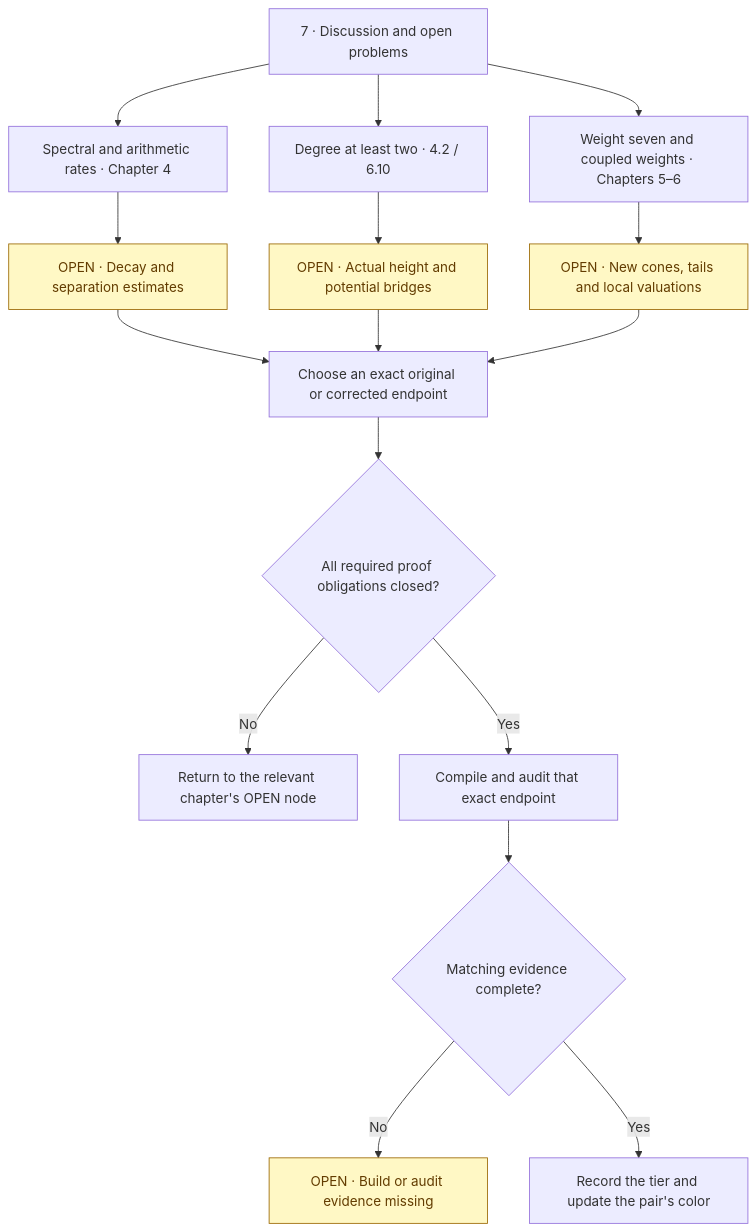
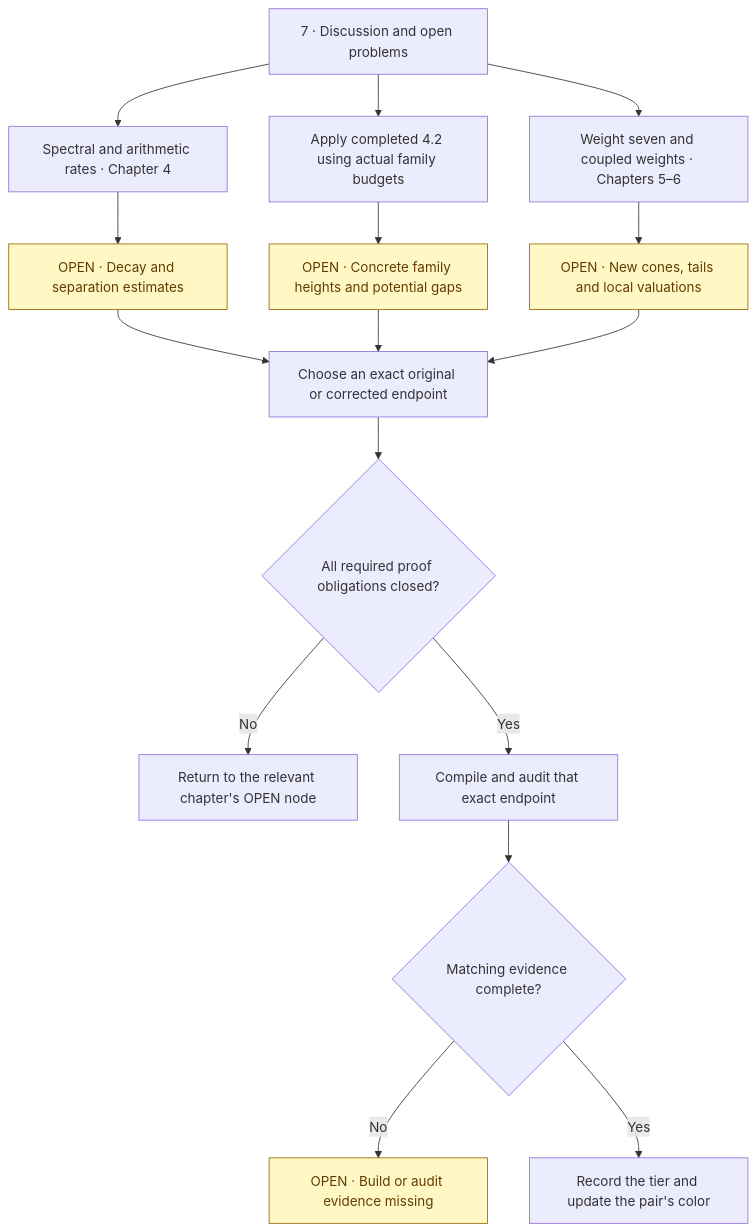
One commit to randogelist/zetahyperbolic-axiom changed the tenth of 10 diagrams in README.md. Above: the diagram before and after it, drawn with Mermaid. The commit also changed other lines of this file and 28 other files, not shown here.

Commit message:
Record verified 260-module audit and complete manuscript theorem roadmap

````diff
--- a/README.md
+++ b/README.md
@@ -543,36 +563,36 @@
 ```mermaid
 flowchart TD
     C7["7 · Discussion and open problems"]
     RATES["Spectral and arithmetic rates · Chapter 4"]
-    HEIGHT["Degree at least two · 4.2 / 6.10"]
+    HEIGHT["Apply completed 4.2 using actual family budgets"]
     WEIGHTS["Weight seven and coupled weights · Chapters 5–6"]
     ORATES["OPEN · Decay and separation estimates"]
-    OHEIGHT["OPEN · Actual height and potential bridges"]
+    OHEIGHT["OPEN · Concrete family heights and potential gaps"]
     OWEIGHTS["OPEN · New cones, tails and local valuations"]
     TARGET["Choose an exact original or corrected endpoint"]
     PROOF{"All required proof obligations closed?"}
     RETURN["Return to the relevant chapter's OPEN node"]
     AUDIT["Compile and audit that exact endpoint"]
     EVIDENCE{"Matching evidence complete?"}
     OEVIDENCE["OPEN · Build or audit evidence missing"]
     RECORD["Record the tier and update the pair's color"]
 
     C7 --> RATES
     C7 --> HEIGHT
     C7 --> WEIGHTS
     RATES --> ORATES
     HEIGHT --> OHEIGHT
     WEIGHTS --> OWEIGHTS
     ORATES --> TARGET
     OHEIGHT --> TARGET
     OWEIGHTS --> TARGET
     TARGET --> PROOF
     PROOF -->|No| RETURN
     PROOF -->|Yes| AUDIT
     AUDIT --> EVIDENCE
     EVIDENCE -->|No| OEVIDENCE
     EVIDENCE -->|Yes| RECORD
 
     classDef open fill:#fff8c5,stroke:#9a6700,color:#633c01;
     class ORATES,OHEIGHT,OWEIGHTS,OEVIDENCE open;
 ```
````
